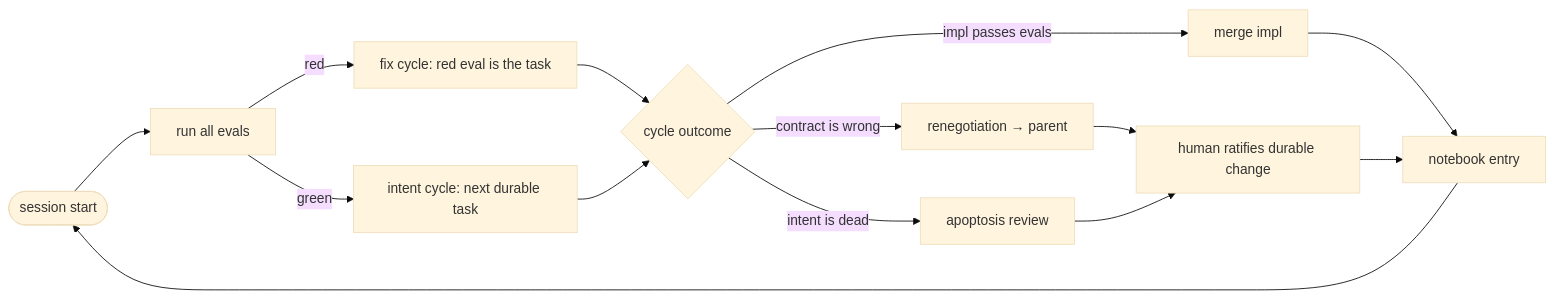
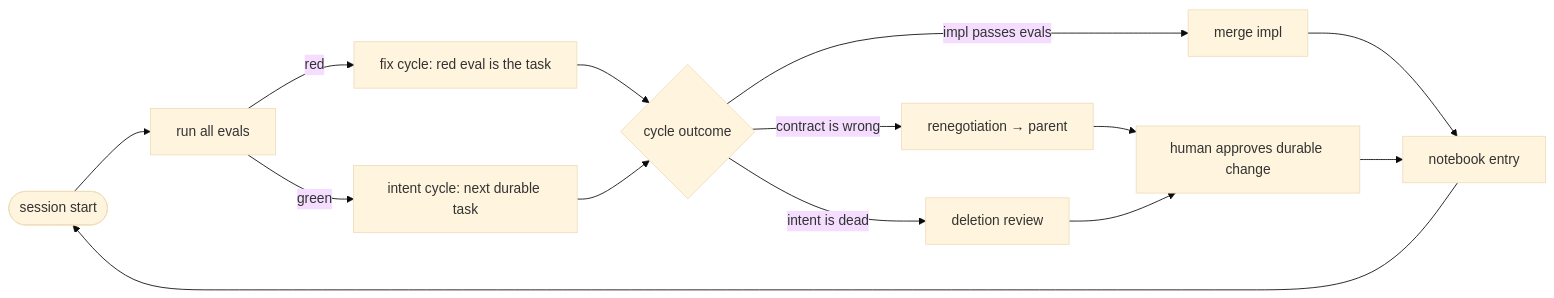
One commit to celom/hal changed the diagram in docs/ideas/hal-holon-agentic-lifecycle.md. Above: the diagram before and after it, drawn with Mermaid (base theme). The commit also changed other lines of this file and 5 other files, not shown here.

````diff
--- a/docs/ideas/hal-holon-agentic-lifecycle.md
+++ b/docs/ideas/hal-holon-agentic-lifecycle.md
@@ -54,16 +54,16 @@
 ```mermaid
 flowchart LR
     S([session start]) --> E[run all evals]
     E -->|red| F[fix cycle: red eval is the task]
     E -->|green| I[intent cycle: next durable task]
     F --> O{cycle outcome}
     I --> O
     O -->|impl passes evals| M[merge impl]
     O -->|contract is wrong| R[renegotiation → parent]
-    O -->|intent is dead| A[apoptosis review]
-    R --> H[human ratifies durable change]
+    O -->|intent is dead| A[deletion review]
+    R --> H[human approves durable change]
     A --> H
     M --> N[notebook entry]
     H --> N
     N --> S
 ```
````
